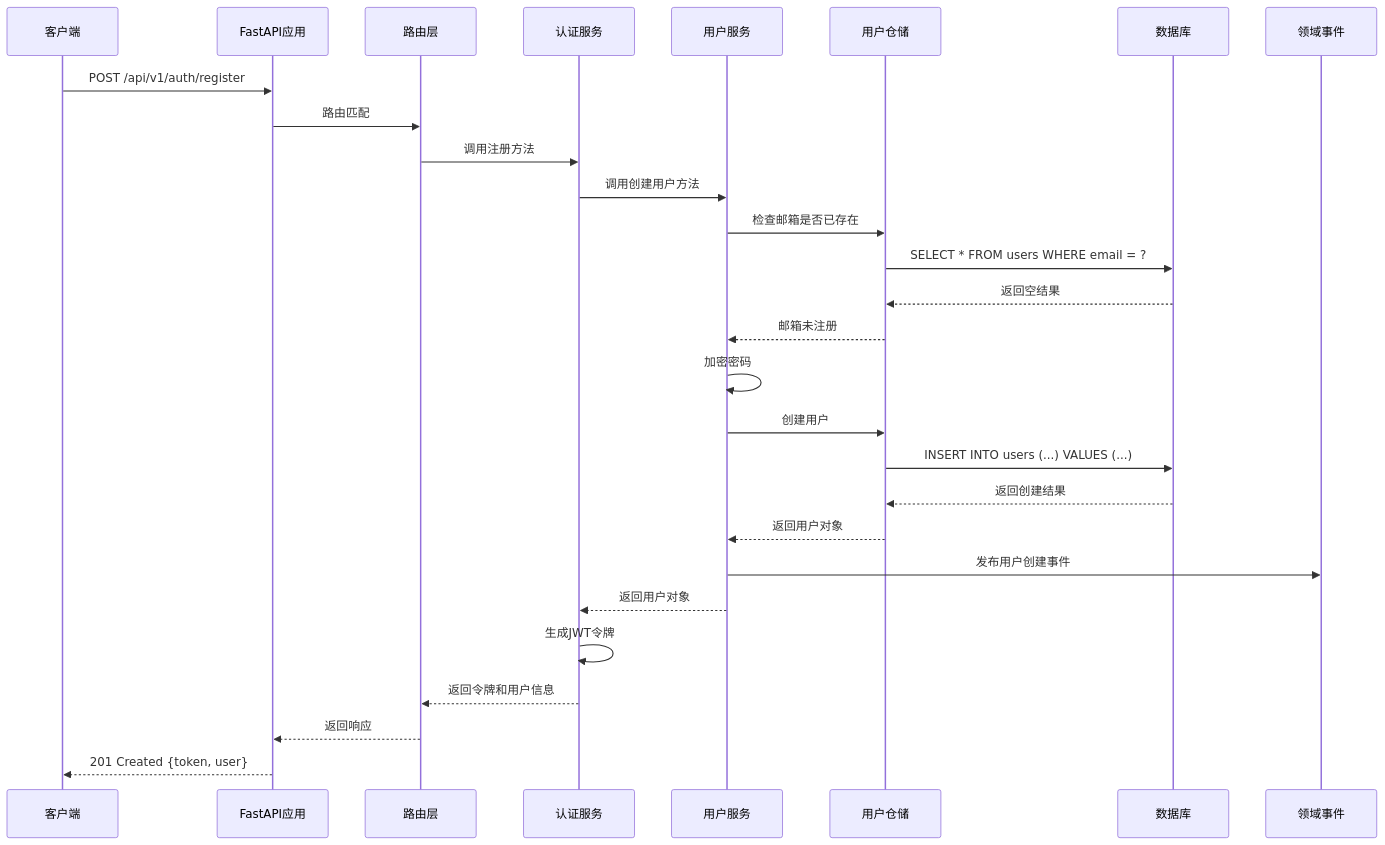
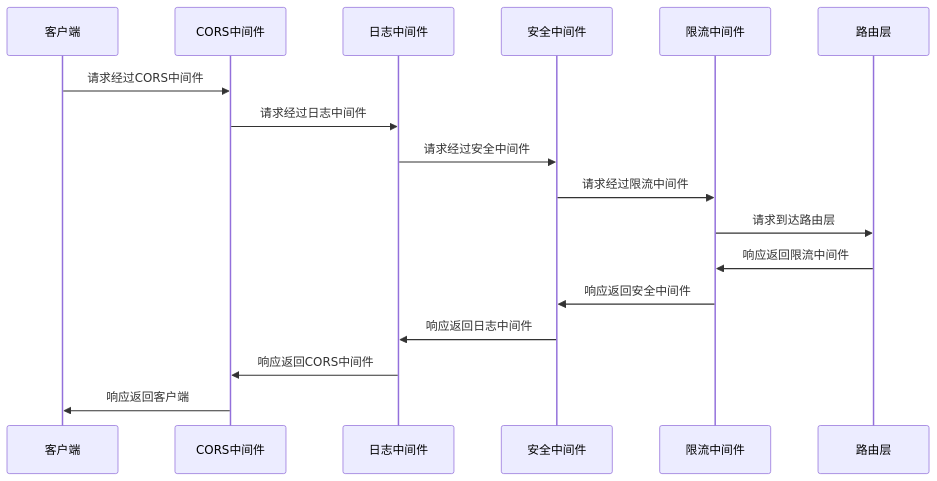
Diagram 14 of 22 in docs/design/architecture_guide.md (amuqiao/fastapi-enterprise-framework-template), drawn with Mermaid before and after one commit. The commit also changed other lines of this file, not shown here.

Commit message:
优化总设计指南,调整文档结构,各个模块添加模块架构图和数据流转图

````diff
--- a/docs/design/architecture_guide.md
+++ b/docs/design/architecture_guide.md
@@ -1002,31 +907,20 @@
 ```mermaid
 sequenceDiagram
     participant Client as 客户端
-    participant FastAPI as FastAPI应用
+    participant CORS as CORS中间件
+    participant Logging as 日志中间件
+    participant Security as 安全中间件
+    participant RateLimit as 限流中间件
     participant Router as 路由层
-    participant AuthService as 认证服务
-    participant UserService as 用户服务
-    participant UserRepo as 用户仓储
-    participant DB as 数据库
-    participant Event as 领域事件
     
-    Client->>FastAPI: POST /api/v1/auth/register
-    FastAPI->>Router: 路由匹配
-    Router->>AuthService: 调用注册方法
-    AuthService->>UserService: 调用创建用户方法
-    UserService->>UserRepo: 检查邮箱是否已存在
-    UserRepo->>DB: SELECT * FROM users WHERE email = ?
-    DB-->>UserRepo: 返回空结果
-    UserRepo-->>UserService: 邮箱未注册
-    UserService->>UserService: 加密密码
-    UserService->>UserRepo: 创建用户
-    UserRepo->>DB: INSERT INTO users (...) VALUES (...)
-    DB-->>UserRepo: 返回创建结果
-    UserRepo-->>UserService: 返回用户对象
-    UserService->>Event: 发布用户创建事件
-    UserService-->>AuthService: 返回用户对象
-    AuthService->>AuthService: 生成JWT令牌
-    AuthService-->>Router: 返回令牌和用户信息
-    Router-->>FastAPI: 返回响应
-    FastAPI-->>Client: 201 Created {token, user}
+    Client->>CORS: 请求经过CORS中间件
+    CORS->>Logging: 请求经过日志中间件
+    Logging->>Security: 请求经过安全中间件
+    Security->>RateLimit: 请求经过限流中间件
+    RateLimit->>Router: 请求到达路由层
+    Router->>RateLimit: 响应返回限流中间件
+    RateLimit->>Security: 响应返回安全中间件
+    Security->>Logging: 响应返回日志中间件
+    Logging->>CORS: 响应返回CORS中间件
+    CORS->>Client: 响应返回客户端
 ```
````
